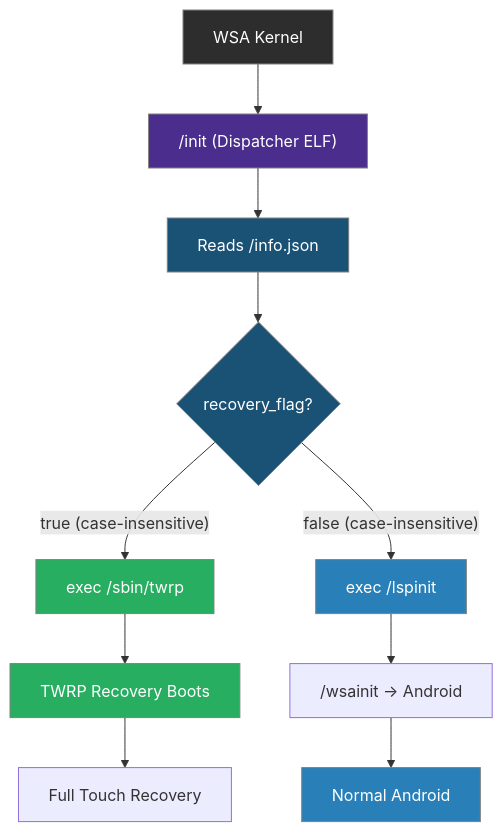
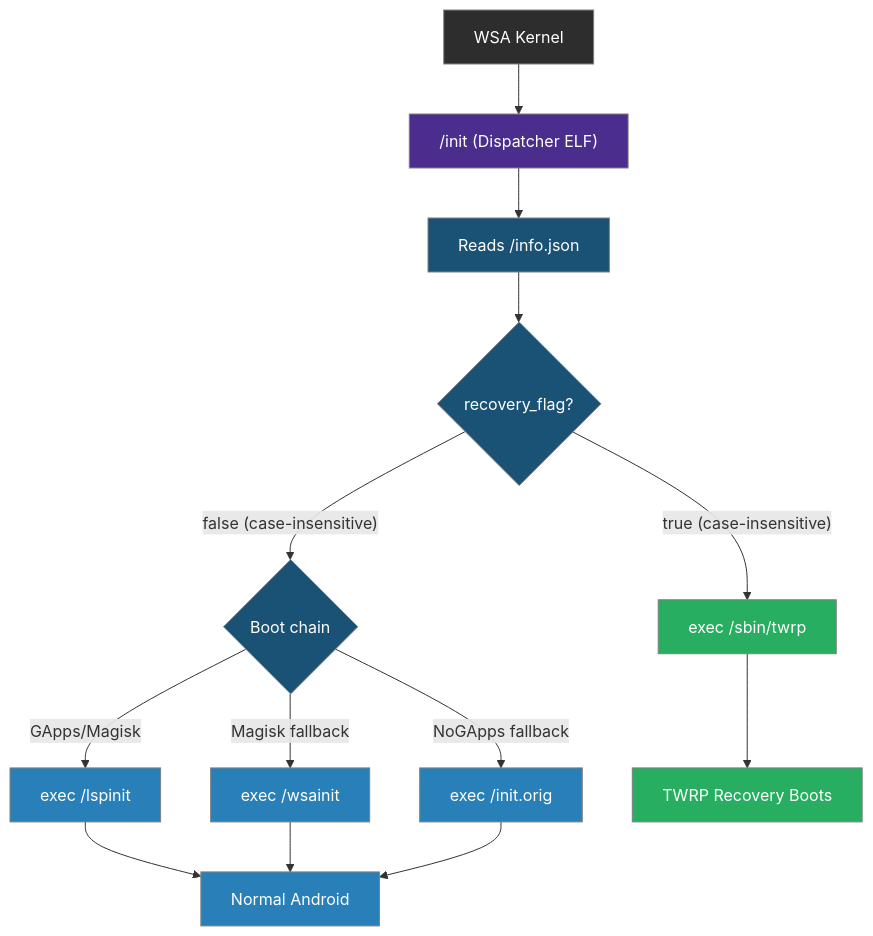
The first of 2 diagrams in docs/architecture.md (WSA-Installer/twrp-for-wsa), drawn with Mermaid before and after one commit. The commit also changed other lines of this file and 4 other files, not shown here.

````diff
--- a/docs/architecture.md
+++ b/docs/architecture.md
@@ -58,21 +88,27 @@
 ```mermaid
 flowchart TD
     A[WSA Kernel] --> B["/init (Dispatcher ELF)"]
     B --> C[Reads /info.json]
     C --> D{recovery_flag?}
     D -->|"true (case-insensitive)"| E["exec /sbin/twrp"]
-    D -->|"false (case-insensitive)"| F["exec /lspinit"]
-    E --> G[TWRP Recovery Boots]
-    F --> H["/wsainit → Android"]
-    G --> I[Full Touch Recovery]
-    H --> J[Normal Android]
+    D -->|"false (case-insensitive)"| F{Boot chain}
+    F -->|GApps/Magisk| G["exec /lspinit"]
+    F -->|Magisk fallback| H["exec /wsainit"]
+    F -->|NoGApps fallback| I["exec /init.orig"]
+    E --> J[TWRP Recovery Boots]
+    G --> K[Normal Android]
+    H --> K
+    I --> K
 
     style A fill:#2d2d2d,stroke:#808080,color:#fff
     style B fill:#4a2d8c,stroke:#808080,color:#fff
     style C fill:#1a5276,stroke:#808080,color:#fff
     style D fill:#1a5276,stroke:#808080,color:#fff
     style E fill:#27ae60,stroke:#808080,color:#fff
-    style F fill:#2980b9,stroke:#808080,color:#fff
-    style G fill:#27ae60,stroke:#808080,color:#fff
-    style J fill:#2980b9,stroke:#808080,color:#fff
+    style F fill:#1a5276,stroke:#808080,color:#fff
+    style G fill:#2980b9,stroke:#808080,color:#fff
+    style H fill:#2980b9,stroke:#808080,color:#fff
+    style I fill:#2980b9,stroke:#808080,color:#fff
+    style J fill:#27ae60,stroke:#808080,color:#fff
+    style K fill:#2980b9,stroke:#808080,color:#fff
 ```
````
